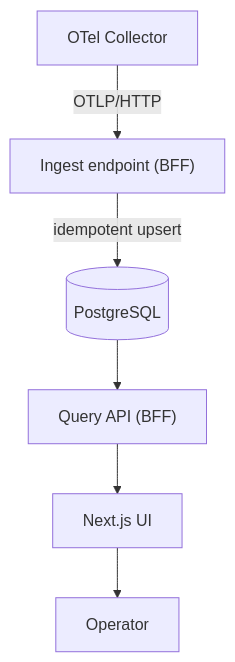
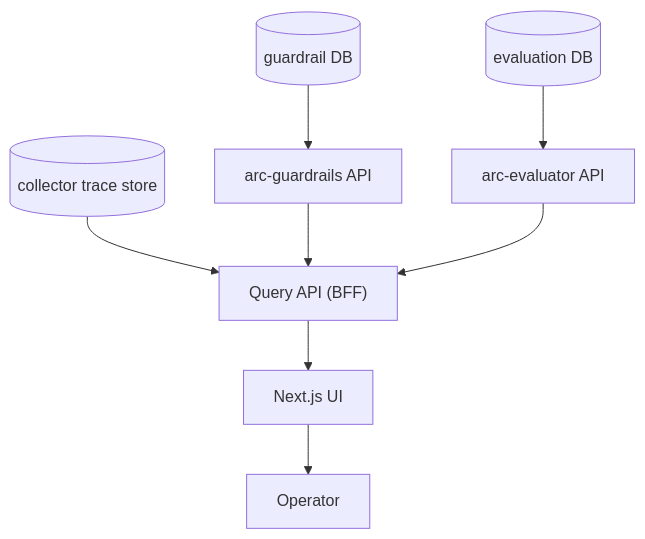
The diagram in docs/arc-platform.md (DimitarAtanassov/arc-platform), drawn with Mermaid before and after one commit. The commit also changed other lines of this file and 6 other files, not shown here.

````diff
--- a/docs/arc-platform.md
+++ b/docs/arc-platform.md
@@ -14,8 +15,10 @@
 ```mermaid
 flowchart TD
-    COL["OTel Collector"] -->|OTLP/HTTP| INGEST["Ingest endpoint (BFF)"]
-    INGEST -->|idempotent upsert| DB[("PostgreSQL")]
-    DB --> QUERY["Query API (BFF)"]
-    QUERY --> UI["Next.js UI"]
+    GRDB[("guardrail DB")] --> GR["arc-guardrails API"]
+    EVDB[("evaluation DB")] --> EV["arc-evaluator API"]
+    COLDB[("collector trace store")] --> BFF["Query API (BFF)"]
+    GR --> BFF
+    EV --> BFF
+    BFF --> UI["Next.js UI"]
     UI --> OP["Operator"]
 ```
````
